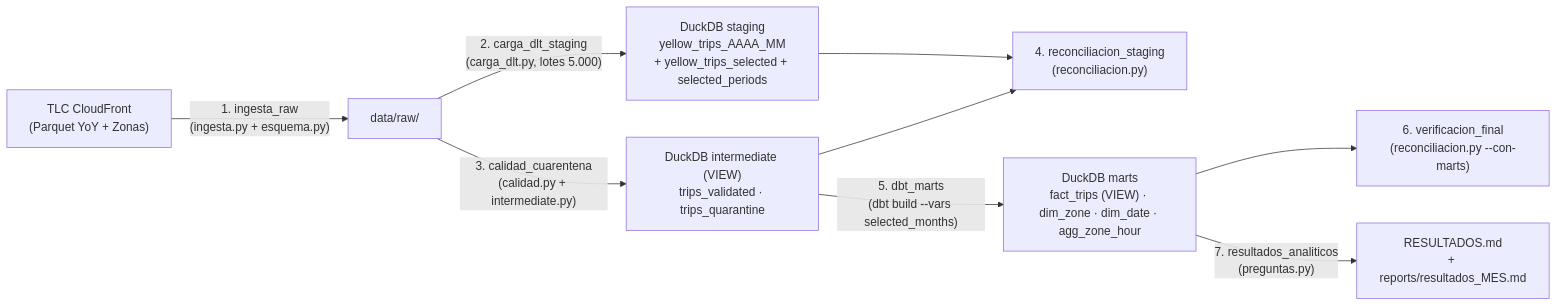
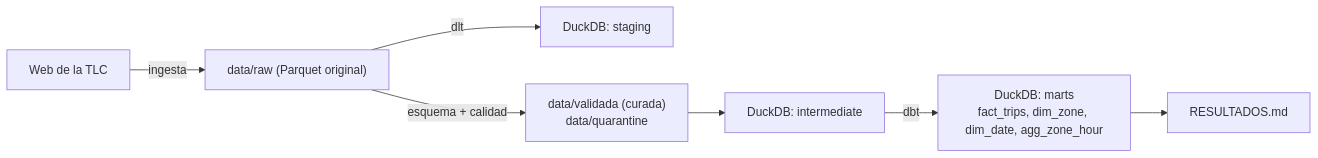
One commit to nicoquinteros23/pipeline-nyc-taxi changed the diagram in README.md. Above: the diagram before and after it, drawn with Mermaid. The commit also changed other lines of this file, not shown here.

````diff
--- a/README.md
+++ b/README.md
@@ -11,11 +42,9 @@
 ```mermaid
 flowchart LR
-  TLC["TLC CloudFront\n(Parquet YoY + Zonas)"] -->|"1. ingesta_raw\n(ingesta.py + esquema.py)"| RAW["data/raw/"]
-  RAW -->|"2. carga_dlt_staging\n(carga_dlt.py, lotes 5.000)"| STG["DuckDB staging\nyellow_trips_AAAA_MM\n+ yellow_trips_selected + selected_periods"]
-  RAW -->|"3. calidad_cuarentena\n(calidad.py + intermediate.py)"| INT["DuckDB intermediate (VIEW)\ntrips_validated · trips_quarantine"]
-  STG --> REC1["4. reconciliacion_staging\n(reconciliacion.py)"]
-  INT --> REC1
-  INT -->|"5. dbt_marts\n(dbt build --vars selected_months)"| MARTS["DuckDB marts\nfact_trips (VIEW) · dim_zone · dim_date · agg_zone_hour"]
-  MARTS --> REC2["6. verificacion_final\n(reconciliacion.py --con-marts)"]
-  MARTS -->|"7. resultados_analiticos\n(preguntas.py)"| RES["RESULTADOS.md\n+ reports/resultados_MES.md"]
+  TLC["Web de la TLC"] -->|ingesta| RAW["data/raw (Parquet original)"]
+  RAW -->|dlt| STG["DuckDB: staging"]
+  RAW -->|esquema + calidad| CUR["data/validada (curada)\ndata/quarantine"]
+  CUR --> INT["DuckDB: intermediate"]
+  INT -->|dbt| MARTS["DuckDB: marts\nfact_trips, dim_zone, dim_date, agg_zone_hour"]
+  MARTS --> RES["RESULTADOS.md"]
 ```
````
